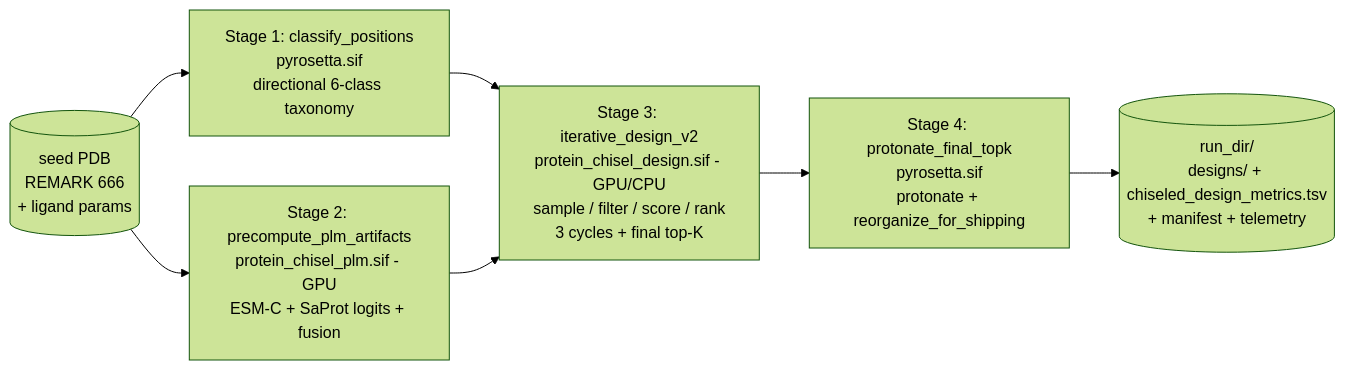
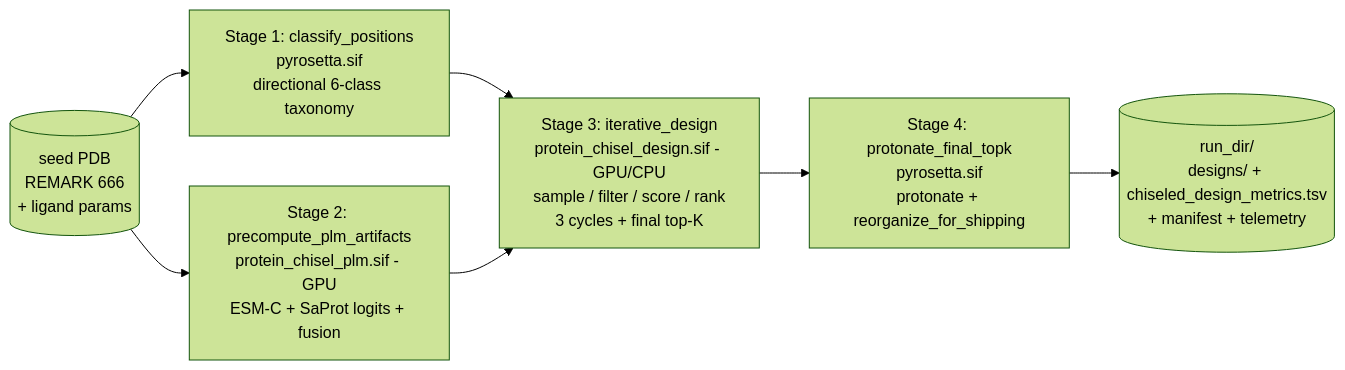
The diagram in README.md (SethWoodbury/protein_chisel), drawn with Mermaid (forest theme) before and after one commit. The commit also changed other lines of this file and 51 other files, not shown here.

````diff
--- a/README.md
+++ b/README.md
@@ -151,10 +155,10 @@
 ```mermaid
 flowchart LR
     seed[(seed PDB<br/>REMARK 666<br/>+ ligand params)]
     seed --> S1[Stage 1: classify_positions<br/>pyrosetta.sif<br/>directional 6-class taxonomy]
     seed --> S2[Stage 2: precompute_plm_artifacts<br/>protein_chisel_plm.sif - GPU<br/>ESM-C + SaProt logits + fusion]
     S1 --> S3
-    S2 --> S3[Stage 3: iterative_design_v2<br/>protein_chisel_design.sif - GPU/CPU<br/>sample / filter / score / rank<br/>3 cycles + final top-K]
+    S2 --> S3[Stage 3: iterative_design<br/>protein_chisel_design.sif - GPU/CPU<br/>sample / filter / score / rank<br/>3 cycles + final top-K]
     S3 --> S4[Stage 4: protonate_final_topk<br/>pyrosetta.sif<br/>protonate + reorganize_for_shipping]
     S4 --> out[(run_dir/<br/>designs/ + chiseled_design_metrics.tsv<br/>+ manifest + telemetry)]
 ```
````
